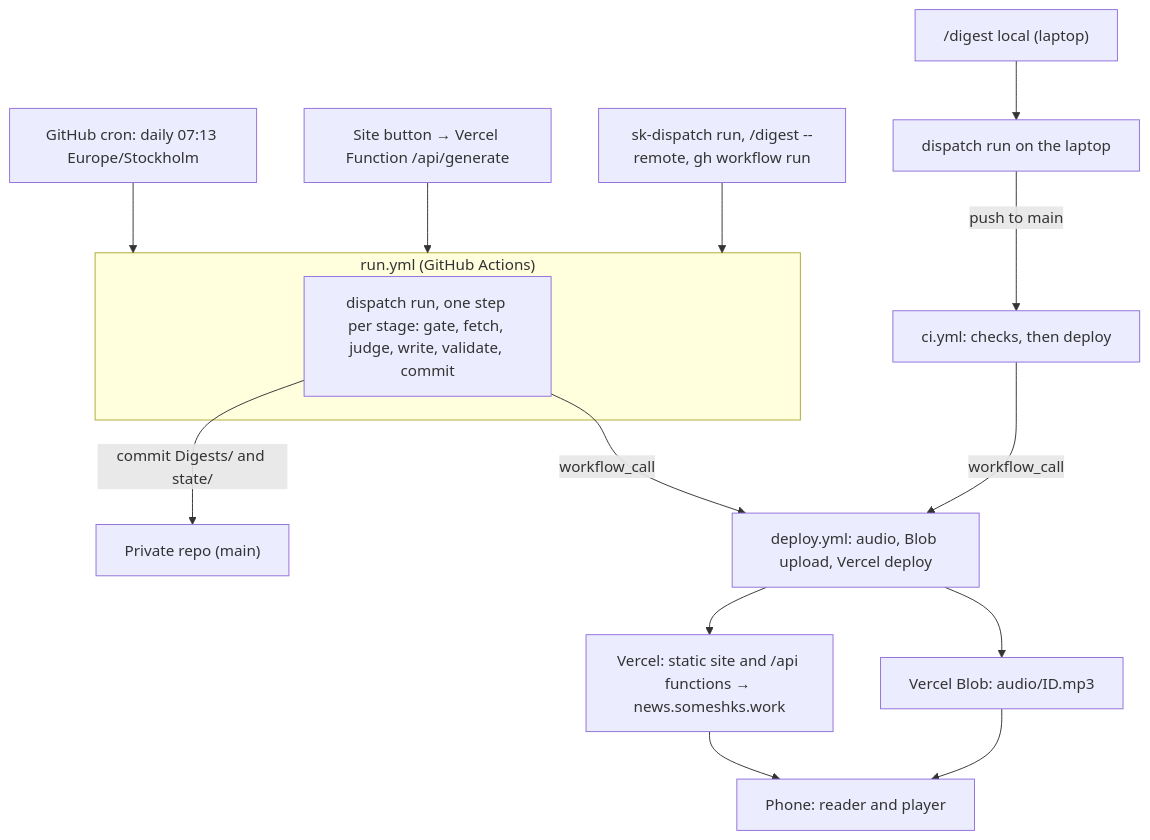
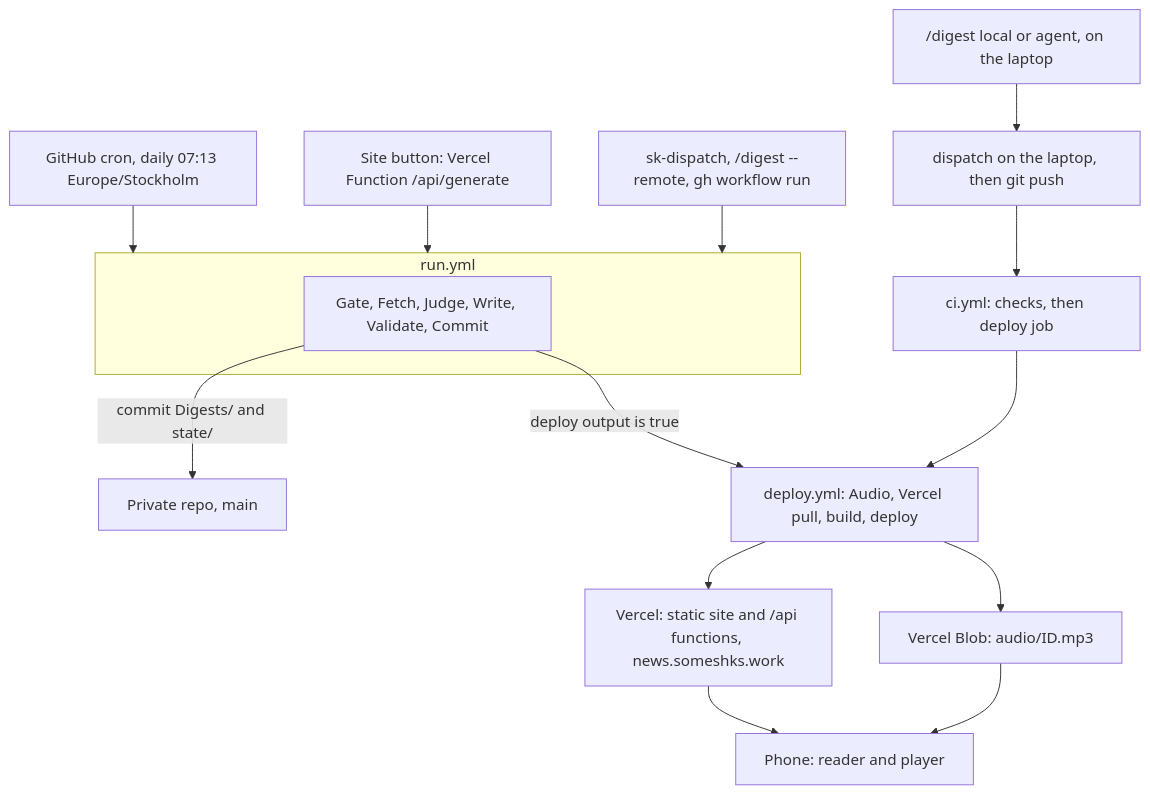
Before and after one commit to somesh-ks/knowledge-hub: the diagram in docs/build-plan.md, drawn with Mermaid. The commit also changed other lines of this file and 3 other files, not shown here.

````diff
--- a/docs/build-plan.md
+++ b/docs/build-plan.md
@@ -88,20 +73,20 @@
 ```mermaid
 flowchart TD
-    T1["GitHub cron: daily 07:13 Europe/Stockholm"] --> RUN
-    T2["Site button → Vercel Function /api/generate"] --> RUN
-    T3["sk-dispatch run, /digest --remote, gh workflow run"] --> RUN
-    T4["/digest local (laptop)"] --> LOCAL["dispatch run on the laptop"]
+    T1["GitHub cron, daily 07:13 Europe/Stockholm"] --> RUN
+    T2["Site button: Vercel Function /api/generate"] --> RUN
+    T3["sk-dispatch, /digest --remote, gh workflow run"] --> RUN
+    T4["/digest local or agent, on the laptop"] --> LOCAL["dispatch on the laptop, then git push"]
 
-    subgraph RUN["run.yml (GitHub Actions)"]
-        ENG["dispatch run, one step per stage: gate, fetch, judge, write, validate, commit"]
+    subgraph RUN["run.yml"]
+        ENG["Gate, Fetch, Judge, Write, Validate, Commit"]
     end
 
-    ENG -->|commit Digests/ and state/| REPO["Private repo (main)"]
-    ENG -->|workflow_call| DEP["deploy.yml: audio, Blob upload, Vercel deploy"]
-    LOCAL -->|push to main| CI["ci.yml: checks, then deploy"]
-    CI -->|workflow_call| DEP
+    ENG -->|commit Digests/ and state/| REPO["Private repo, main"]
+    ENG -->|deploy output is true| DEP["deploy.yml: Audio, Vercel pull, build, deploy"]
+    LOCAL --> CI["ci.yml: checks, then deploy job"]
+    CI --> DEP
     DEP --> BLOB["Vercel Blob: audio/ID.mp3"]
-    DEP --> VC["Vercel: static site and /api functions → news.someshks.work"]
+    DEP --> VC["Vercel: static site and /api functions, news.someshks.work"]
     VC --> PHONE["Phone: reader and player"]
     BLOB --> PHONE
 ```
````
